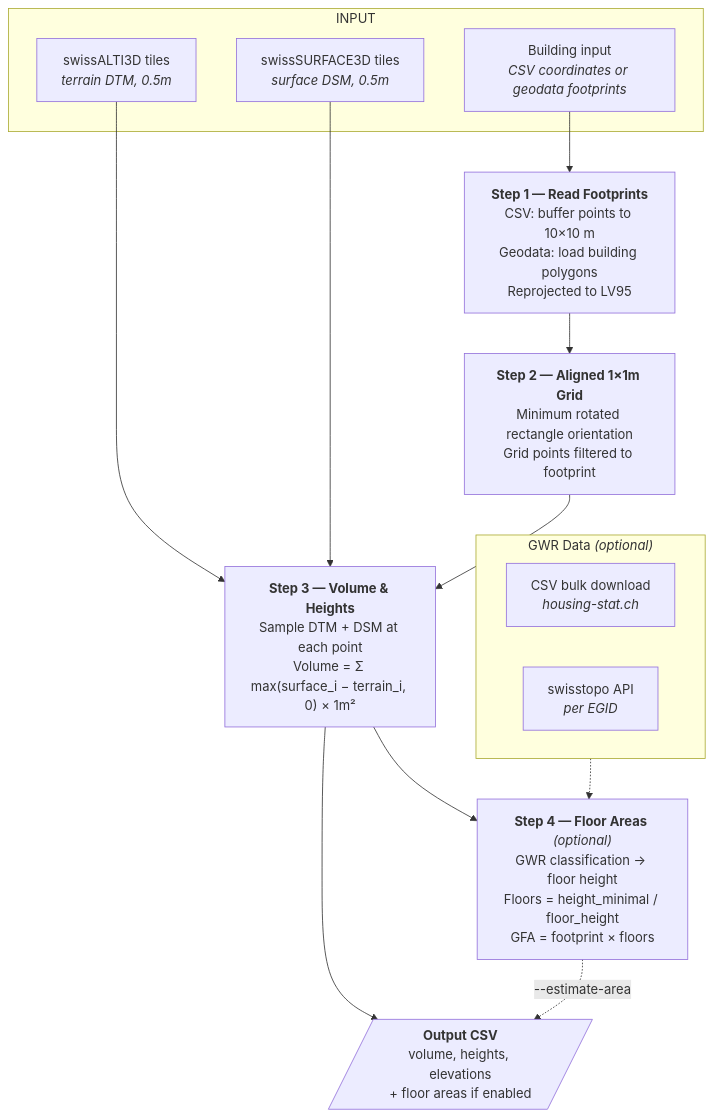
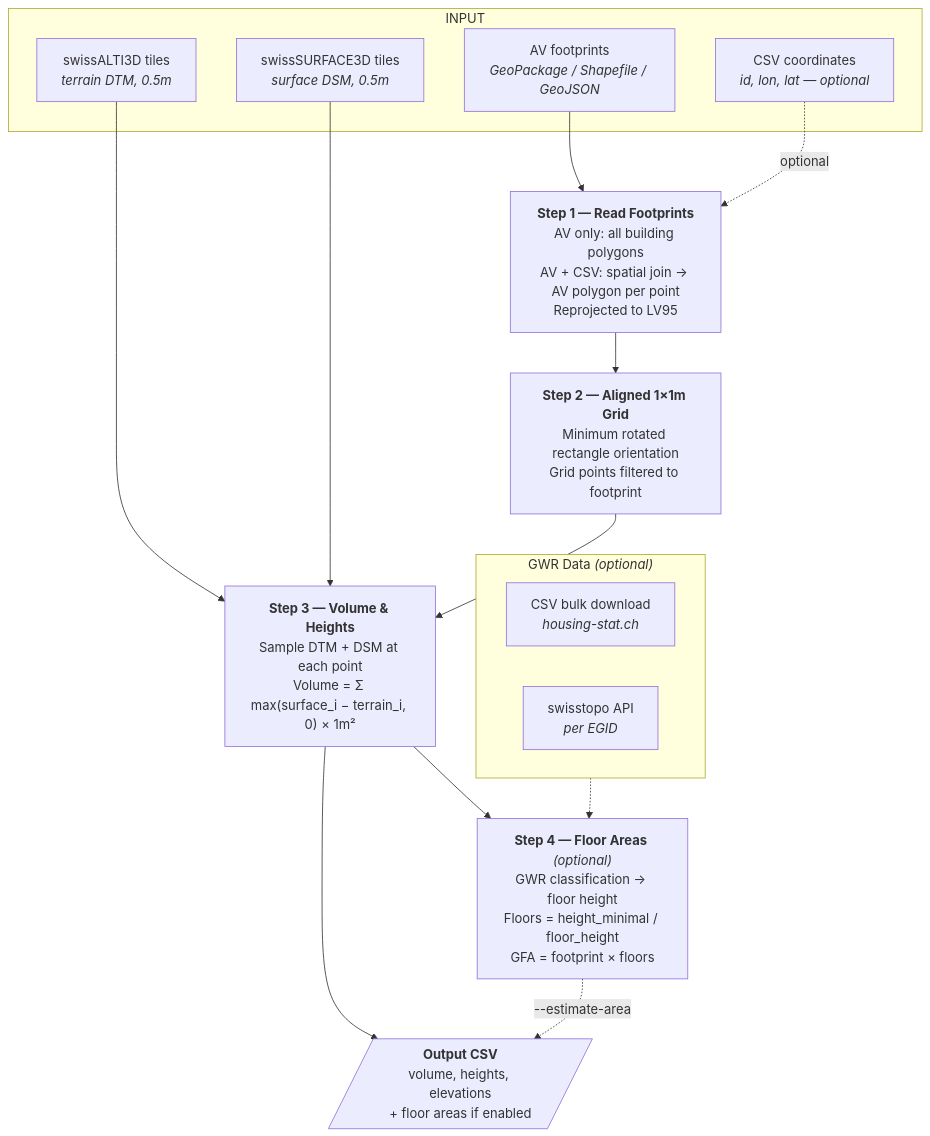
Before and after one commit to bbl-dres/area-estimator: the diagram in README.md, drawn with Mermaid. The commit also changed other lines of this file and 4 other files, not shown here.

````diff
--- a/README.md
+++ b/README.md
@@ -24,31 +24,33 @@
 ```mermaid
 flowchart TD
     subgraph INPUT
-        A1[Building input<br><i>CSV coordinates or geodata footprints</i>]
+        A1A[AV footprints<br><i>GeoPackage / Shapefile / GeoJSON</i>]
+        A1B[CSV coordinates<br><i>id, lon, lat — optional</i>]
         A2[swissALTI3D tiles<br><i>terrain DTM, 0.5m</i>]
         A3[swissSURFACE3D tiles<br><i>surface DSM, 0.5m</i>]
     end
 
-    A1 --> S1
+    A1A --> S1
+    A1B -.->|optional| S1
     A2 --> S3
     A3 --> S3
 
-    S1["<b>Step 1 — Read Footprints</b><br>CSV: buffer points to 10×10 m<br>Geodata: load building polygons<br>Reprojected to LV95"]
+    S1["<b>Step 1 — Read Footprints</b><br>AV only: all building polygons<br>AV + CSV: spatial join → AV polygon per point<br>Reprojected to LV95"]
     S2["<b>Step 2 — Aligned 1×1m Grid</b><br>Minimum rotated rectangle orientation<br>Grid points filtered to footprint"]
     S3["<b>Step 3 — Volume & Heights</b><br>Sample DTM + DSM at each point<br>Volume = Σ max(surface_i − terrain_i, 0) × 1m²"]
     S4["<b>Step 4 — Floor Areas</b> <i>(optional)</i><br>GWR classification → floor height<br>Floors = height_minimal / floor_height<br>GFA = footprint × floors"]
 
     S1 --> S2 --> S3 --> S4
 
     S3 --> OUT
     S4 -.->|--estimate-area| OUT
 
     OUT[/"<b>Output CSV</b><br>volume, heights, elevations<br>+ floor areas if enabled"/]
 
     subgraph GWR["GWR Data <i>(optional)</i>"]
         G1[CSV bulk download<br><i>housing-stat.ch</i>]
         G2[swisstopo API<br><i>per EGID</i>]
     end
 
     GWR -.-> S4
 ```
````
